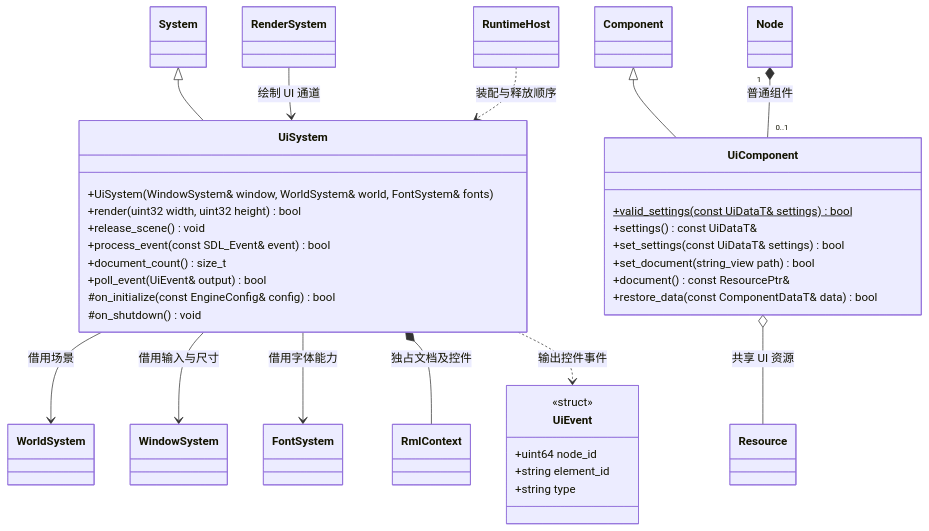
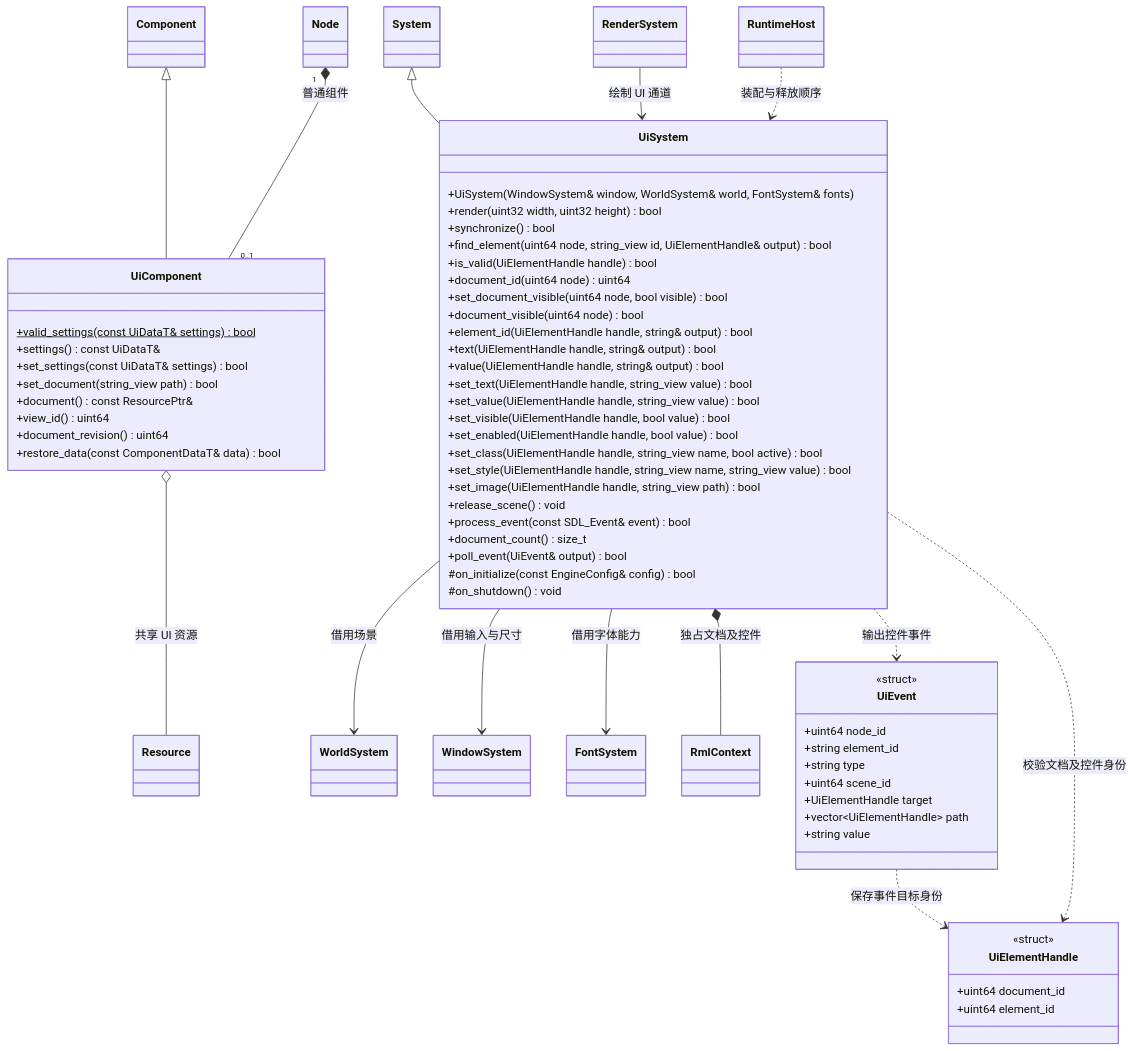
The diagram in docs/runtime/class-diagrams/ui-system.md (lcals/Engine), drawn with Mermaid before and after one commit. The commit also changed other lines of this file and 48 other files, not shown here.

````diff
--- a/docs/runtime/class-diagrams/ui-system.md
+++ b/docs/runtime/class-diagrams/ui-system.md
@@ -8,38 +8,67 @@
 ```mermaid
 classDiagram
     class UiComponent {
         +valid_settings(const UiDataT& settings)$ bool
         +settings() const UiDataT&
         +set_settings(const UiDataT& settings) bool
         +set_document(string_view path) bool
         +document() const ResourcePtr&
+        +view_id() uint64
+        +document_revision() uint64
         +restore_data(const ComponentDataT& data) bool
     }
     class UiSystem {
         +UiSystem(WindowSystem& window, WorldSystem& world, FontSystem& fonts)
         +render(uint32 width, uint32 height) bool
+        +synchronize() bool
+        +find_element(uint64 node, string_view id, UiElementHandle& output) bool
+        +is_valid(UiElementHandle handle) bool
+        +document_id(uint64 node) uint64
+        +set_document_visible(uint64 node, bool visible) bool
+        +document_visible(uint64 node) bool
+        +element_id(UiElementHandle handle, string& output) bool
+        +text(UiElementHandle handle, string& output) bool
+        +value(UiElementHandle handle, string& output) bool
+        +set_text(UiElementHandle handle, string_view value) bool
+        +set_value(UiElementHandle handle, string_view value) bool
+        +set_visible(UiElementHandle handle, bool value) bool
+        +set_enabled(UiElementHandle handle, bool value) bool
+        +set_class(UiElementHandle handle, string_view name, bool active) bool
+        +set_style(UiElementHandle handle, string_view name, string_view value) bool
+        +set_image(UiElementHandle handle, string_view path) bool
         +release_scene() void
         +process_event(const SDL_Event& event) bool
         +document_count() size_t
         +poll_event(UiEvent& output) bool
         #on_initialize(const EngineConfig& config) bool
         #on_shutdown() void
     }
     class UiEvent {
         <<struct>>
         +uint64 node_id
         +string element_id
         +string type
+        +uint64 scene_id
+        +UiElementHandle target
+        +vector~UiElementHandle~ path
+        +string value
+    }
+    class UiElementHandle {
+        <<struct>>
+        +uint64 document_id
+        +uint64 element_id
     }
     System <|-- UiSystem
     Component <|-- UiComponent
     Node "1" *-- "0..1" UiComponent : 普通组件
     UiComponent o-- Resource : 共享 UI 资源
     UiSystem --> WorldSystem : 借用场景
     UiSystem --> WindowSystem : 借用输入与尺寸
     UiSystem --> FontSystem : 借用字体能力
     UiSystem *-- RmlContext : 独占文档及控件
     UiSystem ..> UiEvent : 输出控件事件
+    UiSystem ..> UiElementHandle : 校验文档及控件身份
+    UiEvent ..> UiElementHandle : 保存事件目标身份
     RenderSystem --> UiSystem : 绘制 UI 通道
     RuntimeHost ..> UiSystem : 装配与释放顺序
 ```
````
